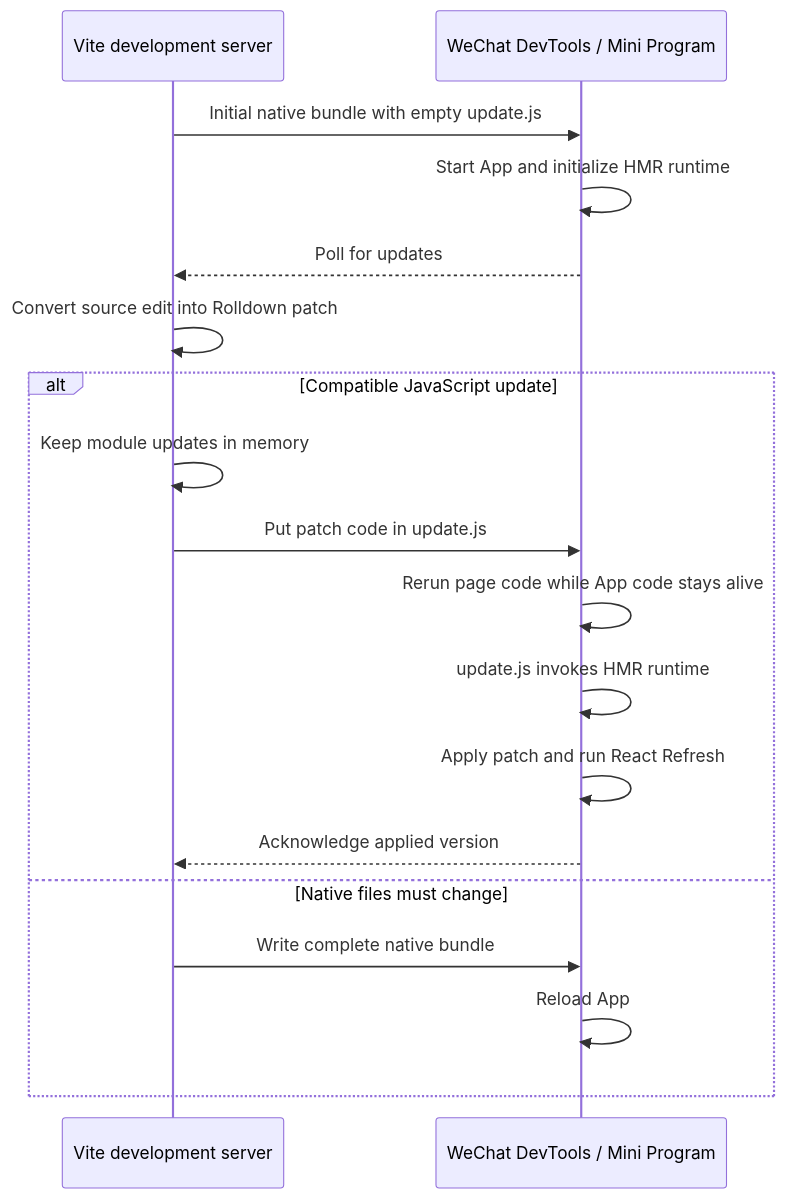
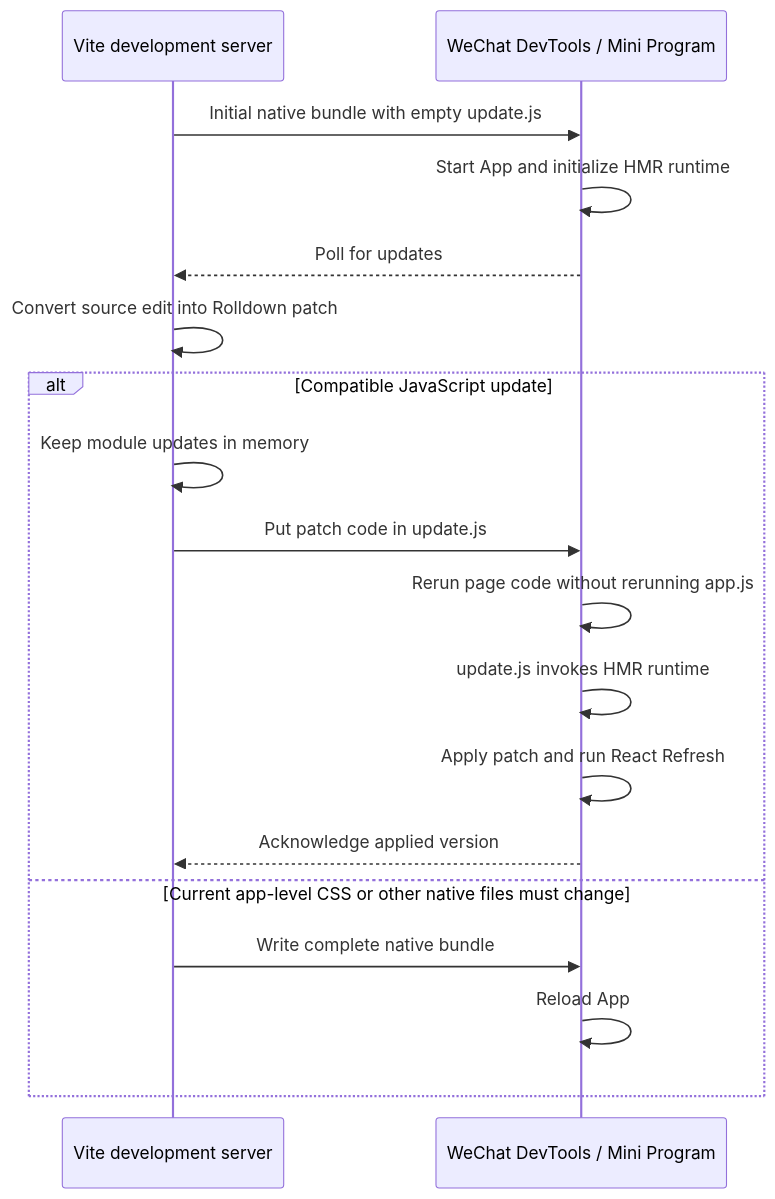
One commit to sep2/vite-plugin-taro changed the diagram in draft/hmr-architecture.md. Above: the diagram before and after it, drawn with Mermaid. The commit also changed other lines of this file and 9 other files, not shown here.

Commit message:
docs: update core architecture and HMR drafts with WXSS pipeline details and state-preserving hot reload plans

````diff
--- a/draft/hmr-architecture.md
+++ b/draft/hmr-architecture.md
@@ -36,23 +47,23 @@
 ```mermaid
 sequenceDiagram
     participant Server as Vite development server
     participant WX as WeChat DevTools / Mini Program
 
     Server->>WX: Initial native bundle with empty update.js
     WX->>WX: Start App and initialize HMR runtime
     WX-->>Server: Poll for updates
 
     Server->>Server: Convert source edit into Rolldown patch
 
     alt Compatible JavaScript update
         Server->>Server: Keep module updates in memory
         Server->>WX: Put patch code in update.js
-        WX->>WX: Rerun page code while App code stays alive
+        WX->>WX: Rerun page code without rerunning app.js
         WX->>WX: update.js invokes HMR runtime
         WX->>WX: Apply patch and run React Refresh
         WX-->>Server: Acknowledge applied version
-    else Native files must change
+    else Current app-level CSS or other native files must change
         Server->>WX: Write complete native bundle
         WX->>WX: Reload App
     end
 ```
````
